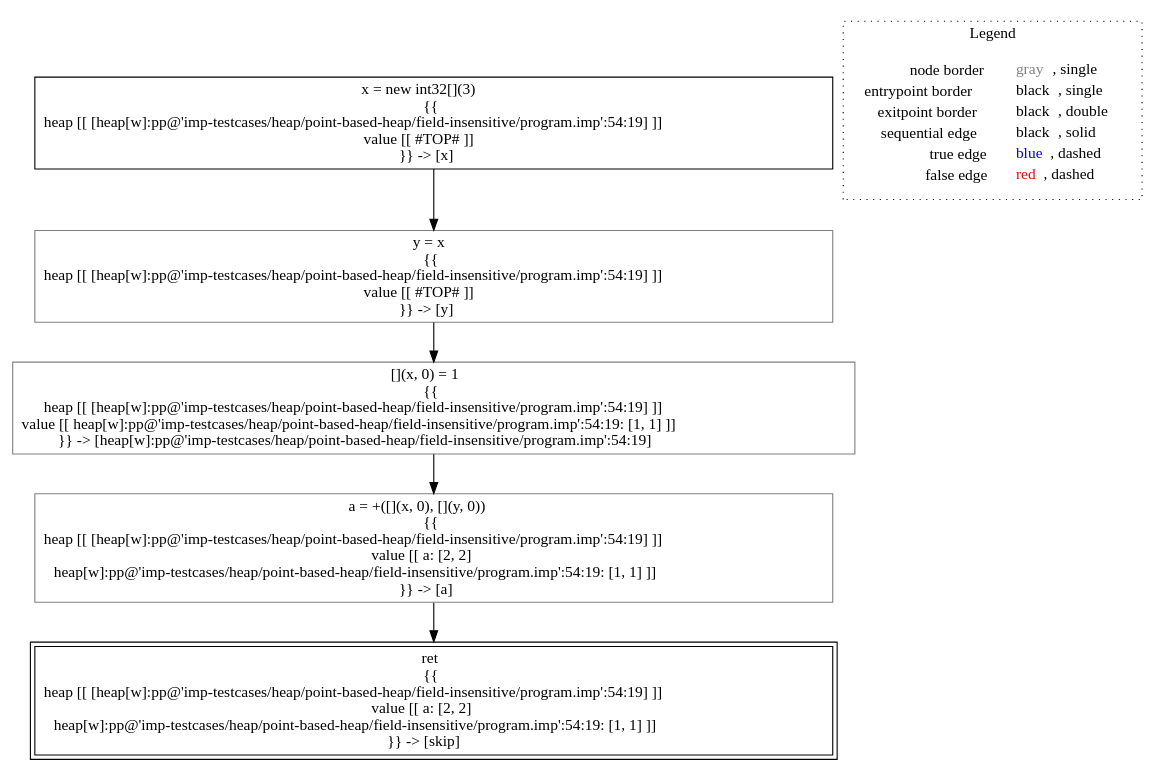
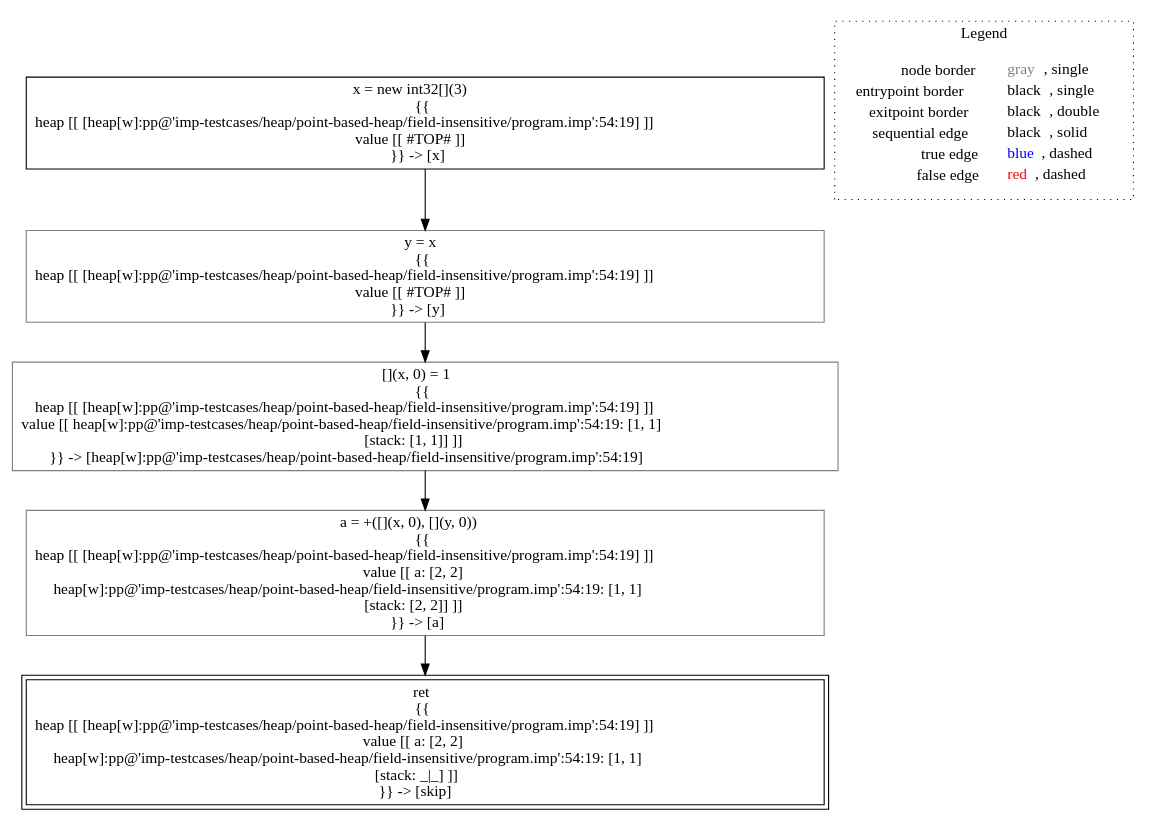
Before and after one commit to lisa-analyzer/lisa: the diagram in lisa/lisa-core/imp-testcases/heap/point-based-heap/field-insensitive/analysis___untyped_A.f6(A_this).dot, drawn with Graphviz. The commit also changed 84 other files, not shown here.

```diff
--- a/lisa/lisa-core/imp-testcases/heap/point-based-heap/field-insensitive/analysis___untyped_A.f6(A_this).dot
+++ b/lisa/lisa-core/imp-testcases/heap/point-based-heap/field-insensitive/analysis___untyped_A.f6(A_this).dot
@@ -1,18 +1,18 @@
 digraph {
 	"node0" [shape="rect",color="black",label=<x = new int32[](3)<BR/>{{<BR/>heap [[ [heap[w]:pp@'imp-testcases/heap/point-based-heap/field-insensitive/program.imp':54:19] ]]<BR/>value [[ #TOP# ]]<BR/>}} -&gt; [x]>];
-	"node1" [shape="rect",color="gray",label=<a = +([](x, 0), [](y, 0))<BR/>{{<BR/>heap [[ [heap[w]:pp@'imp-testcases/heap/point-based-heap/field-insensitive/program.imp':54:19] ]]<BR/>value [[ a: [2, 2]<BR/>heap[w]:pp@'imp-testcases/heap/point-based-heap/field-insensitive/program.imp':54:19: [1, 1] ]]<BR/>}} -&gt; [a]>];
-	"node2" [shape="rect",color="gray",label=<[](x, 0) = 1<BR/>{{<BR/>heap [[ [heap[w]:pp@'imp-testcases/heap/point-based-heap/field-insensitive/program.imp':54:19] ]]<BR/>value [[ heap[w]:pp@'imp-testcases/heap/point-based-heap/field-insensitive/program.imp':54:19: [1, 1] ]]<BR/>}} -&gt; [heap[w]:pp@'imp-testcases/heap/point-based-heap/field-insensitive/program.imp':54:19]>];
-	"node3" [shape="rect",color="black",peripheries="2",label=<ret<BR/>{{<BR/>heap [[ [heap[w]:pp@'imp-testcases/heap/point-based-heap/field-insensitive/program.imp':54:19] ]]<BR/>value [[ a: [2, 2]<BR/>heap[w]:pp@'imp-testcases/heap/point-based-heap/field-insensitive/program.imp':54:19: [1, 1] ]]<BR/>}} -&gt; [skip]>];
-	"node4" [shape="rect",color="gray",label=<y = x<BR/>{{<BR/>heap [[ [heap[w]:pp@'imp-testcases/heap/point-based-heap/field-insensitive/program.imp':54:19] ]]<BR/>value [[ #TOP# ]]<BR/>}} -&gt; [y]>];
-	"node1" -> "node3" [color="black"];
-	"node2" -> "node1" [color="black"];
-	"node0" -> "node4" [color="black"];
-	"node4" -> "node2" [color="black"];
+	"node1" [shape="rect",color="gray",label=<[](x, 0) = 1<BR/>{{<BR/>heap [[ [heap[w]:pp@'imp-testcases/heap/point-based-heap/field-insensitive/program.imp':54:19] ]]<BR/>value [[ heap[w]:pp@'imp-testcases/heap/point-based-heap/field-insensitive/program.imp':54:19: [1, 1]<BR/>[stack: [1, 1]] ]]<BR/>}} -&gt; [heap[w]:pp@'imp-testcases/heap/point-based-heap/field-insensitive/program.imp':54:19]>];
+	"node2" [shape="rect",color="gray",label=<a = +([](x, 0), [](y, 0))<BR/>{{<BR/>heap [[ [heap[w]:pp@'imp-testcases/heap/point-based-heap/field-insensitive/program.imp':54:19] ]]<BR/>value [[ a: [2, 2]<BR/>heap[w]:pp@'imp-testcases/heap/point-based-heap/field-insensitive/program.imp':54:19: [1, 1]<BR/>[stack: [2, 2]] ]]<BR/>}} -&gt; [a]>];
+	"node3" [shape="rect",color="gray",label=<y = x<BR/>{{<BR/>heap [[ [heap[w]:pp@'imp-testcases/heap/point-based-heap/field-insensitive/program.imp':54:19] ]]<BR/>value [[ #TOP# ]]<BR/>}} -&gt; [y]>];
+	"node4" [shape="rect",color="black",peripheries="2",label=<ret<BR/>{{<BR/>heap [[ [heap[w]:pp@'imp-testcases/heap/point-based-heap/field-insensitive/program.imp':54:19] ]]<BR/>value [[ a: [2, 2]<BR/>heap[w]:pp@'imp-testcases/heap/point-based-heap/field-insensitive/program.imp':54:19: [1, 1]<BR/>[stack: _|_] ]]<BR/>}} -&gt; [skip]>];
+	"node1" -> "node2" [color="black"];
+	"node2" -> "node4" [color="black"];
+	"node0" -> "node3" [color="black"];
+	"node3" -> "node1" [color="black"];
 subgraph cluster_legend {
 	label="Legend";
 	style=dotted;
 	node [shape=plaintext];
 	"legend" [label=<<table border="0" cellpadding="2" cellspacing="0" cellborder="0"><tr><td align="right">node border&nbsp;</td><td align="left"><font color="gray">gray</font>, single</td></tr><tr><td align="right">entrypoint border&nbsp;</td><td align="left"><font color="black">black</font>, single</td></tr><tr><td align="right">exitpoint border&nbsp;</td><td align="left"><font color="black">black</font>, double</td></tr><tr><td align="right">sequential edge&nbsp;</td><td align="left"><font color="black">black</font>, solid</td></tr><tr><td align="right">true edge&nbsp;</td><td align="left"><font color="blue">blue</font>, dashed</td></tr><tr><td align="right">false edge&nbsp;</td><td align="left"><font color="red">red</font>, dashed</td></tr></table>>];
 }
 
 }
```
